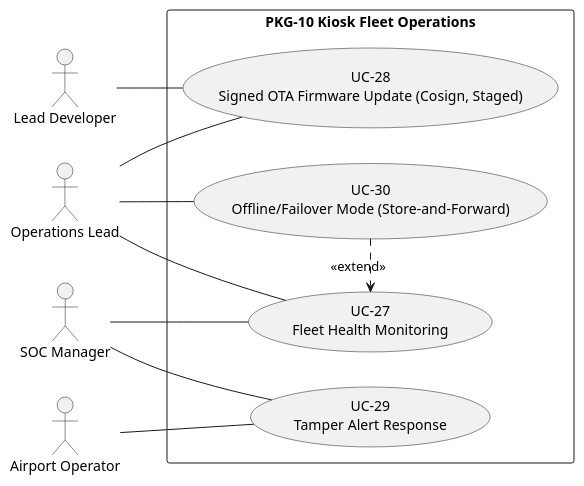
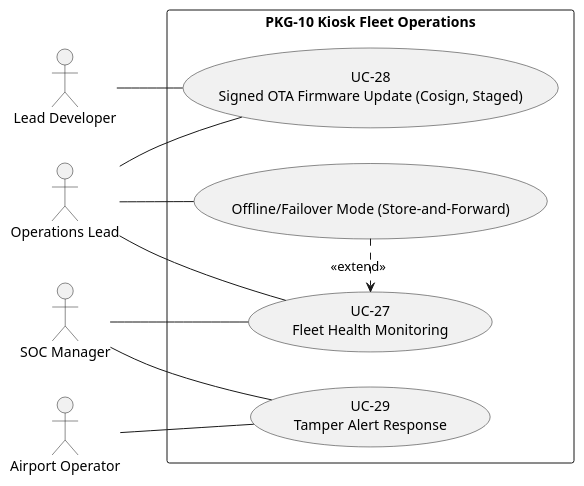
The fourth of 6 diagrams in 02_CASES/Case_02_SecureBorder_Solutions/03_PHASE3_DECOMPOSITION/annexes/A_Use_Case_Diagrams.md (pauloribeiro16/Methodology_compact), drawn with PlantUML before and after one commit. The commit also changed other lines of this file and 12 other files, not shown here.

Commit message:
[EXECUTOR] F3 ledger-zero C2: 2 borderline re-laned (UC-30/33 → CAP-11/12, P7) + product renumber UC-16..34; Doc21 v1.7 (34 UCs) + Doc31 v1.3 (12 CAP cards + articulation) + annexes/SVGs re-rendered; gates: verify_rich 8/8 (34=34), audit 100%, mermaid 196/196

````diff
--- a/02_CASES/Case_02_SecureBorder_Solutions/03_PHASE3_DECOMPOSITION/annexes/A_Use_Case_Diagrams.md
+++ b/02_CASES/Case_02_SecureBorder_Solutions/03_PHASE3_DECOMPOSITION/annexes/A_Use_Case_Diagrams.md
@@ -234,23 +234,23 @@
 ```plantuml
 @startuml
 left to right direction
 actor "Operations Lead" as OPS
 actor "SOC Manager" as SOC
 actor "Lead Developer" as DEV
 actor "Airport Operator" as APT
 rectangle "PKG-10 Kiosk Fleet Operations" {
 usecase "UC-27\nFleet Health Monitoring" as UC1021
 usecase "UC-28\nSigned OTA Firmware Update (Cosign, Staged)" as UC1031
 usecase "UC-29\nTamper Alert Response" as UC1041
-usecase "UC-30\nOffline/Failover Mode (Store-and-Forward)" as UC1051
+usecase "\nOffline/Failover Mode (Store-and-Forward)" as UC1051
 }
 OPS -- UC1021
 OPS -- UC1031
 OPS -- UC1051
 SOC -- UC1021
 SOC -- UC1041
 DEV -- UC1031
 APT -- UC1041
 UC1051 .> UC1021 : <<extend>>
 @enduml
 ```
````
